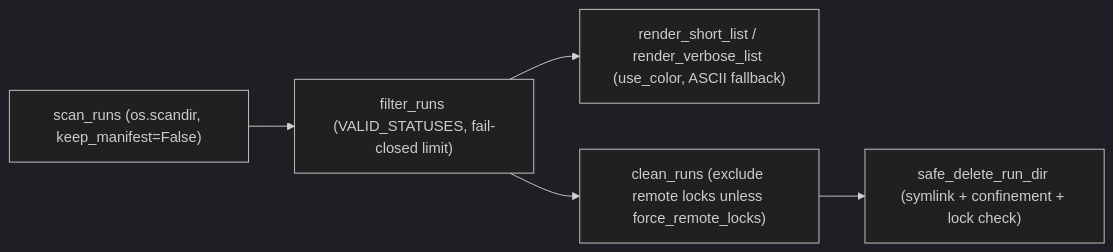
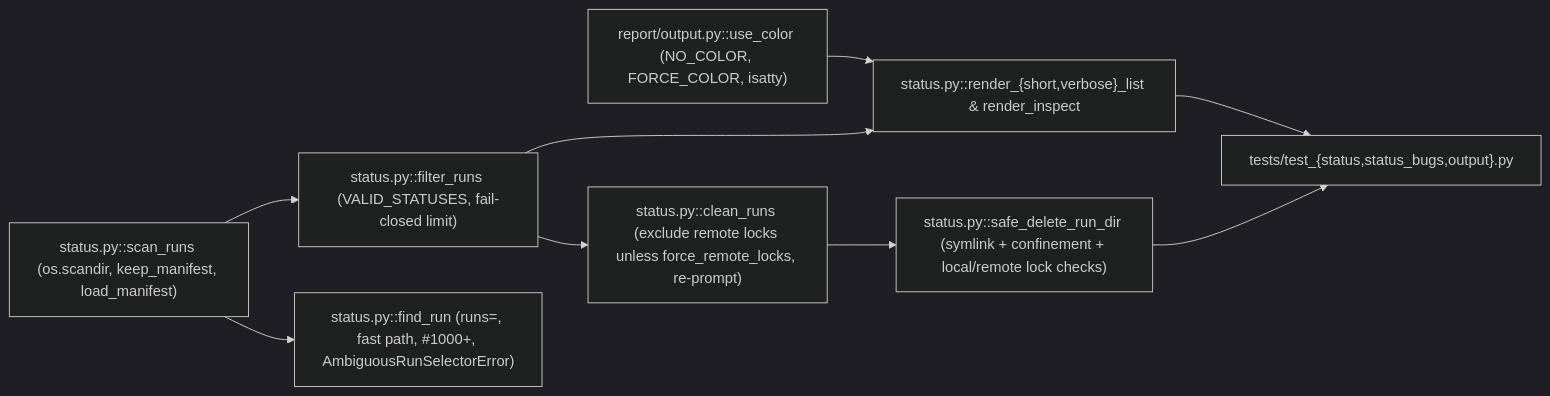
Before and after one commit to fariello/pubrun: the diagram in .aw/records/plans/pending/20261127-assess-8l-06-m5s3g8-status-clean-and-run-scanning-safety-scalability-and-termina.ipd.md, drawn with Mermaid (dark theme). The commit also changed other lines of this file and 1 other file, not shown here.

````diff
--- a/.aw/records/plans/pending/20261127-assess-8l-06-m5s3g8-status-clean-and-run-scanning-safety-scalability-and-termina.ipd.md
+++ b/.aw/records/plans/pending/20261127-assess-8l-06-m5s3g8-status-clean-and-run-scanning-safety-scalability-and-termina.ipd.md
@@ -32,7 +34,11 @@
 ```mermaid
 flowchart LR
-    SCAN["scan_runs (os.scandir, keep_manifest=False)"] --> FILT["filter_runs (VALID_STATUSES, fail-closed limit)"]
-    FILT --> REN["render_short_list / render_verbose_list (use_color, ASCII fallback)"]
-    FILT --> CLEAN["clean_runs (exclude remote locks unless force_remote_locks)"]
-    CLEAN --> SAFE["safe_delete_run_dir (symlink + confinement + lock check)"]
+    OUT["report/output.py::use_color (NO_COLOR, FORCE_COLOR, isatty)"] --> REN["status.py::render_{short,verbose}_list & render_inspect"]
+    SCAN["status.py::scan_runs (os.scandir, keep_manifest, load_manifest)"] --> FILT["status.py::filter_runs (VALID_STATUSES, fail-closed limit)"]
+    SCAN --> FIND["status.py::find_run (runs=, fast path, #1000+, AmbiguousRunSelectorError)"]
+    FILT --> REN
+    FILT --> CLEAN["status.py::clean_runs (exclude remote locks unless force_remote_locks, re-prompt)"]
+    CLEAN --> SAFE["status.py::safe_delete_run_dir (symlink + confinement + local/remote lock checks)"]
+    REN --> TESTS["tests/test_{status,status_bugs,output}.py"]
+    SAFE --> TESTS
 ```
````
